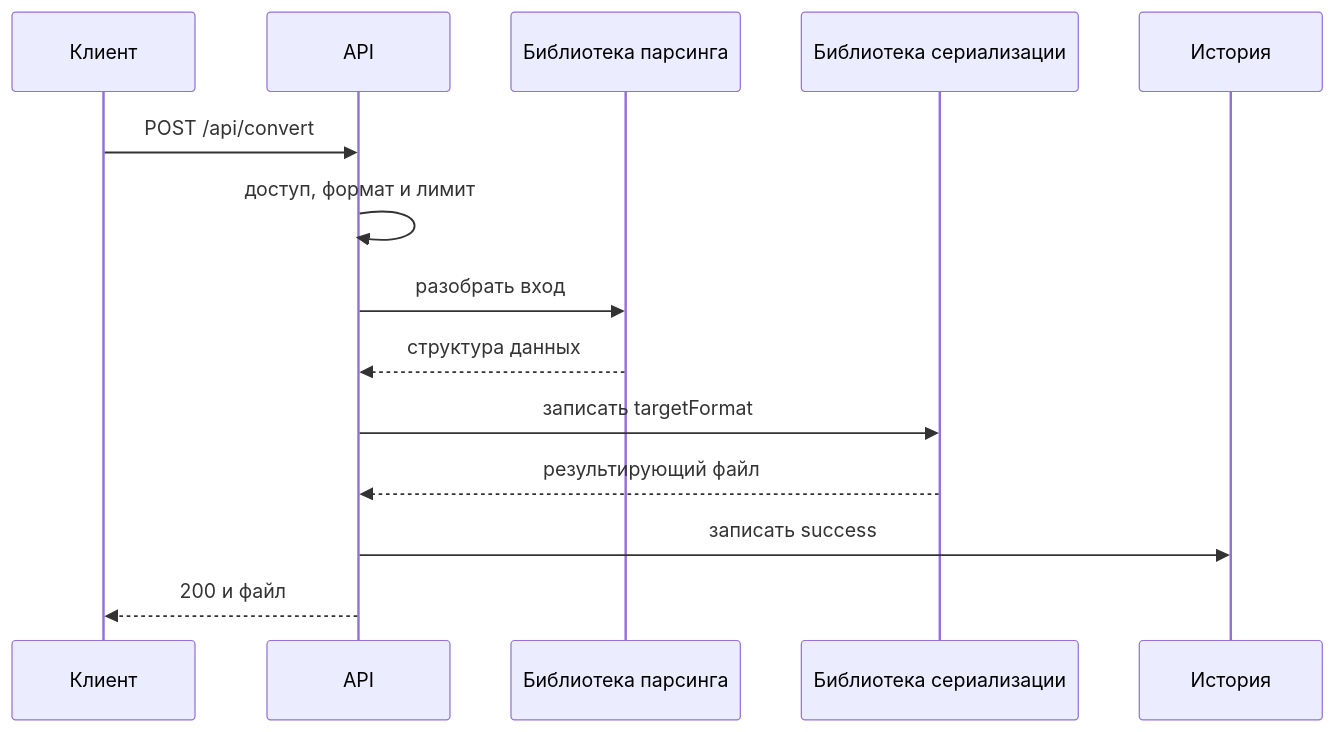
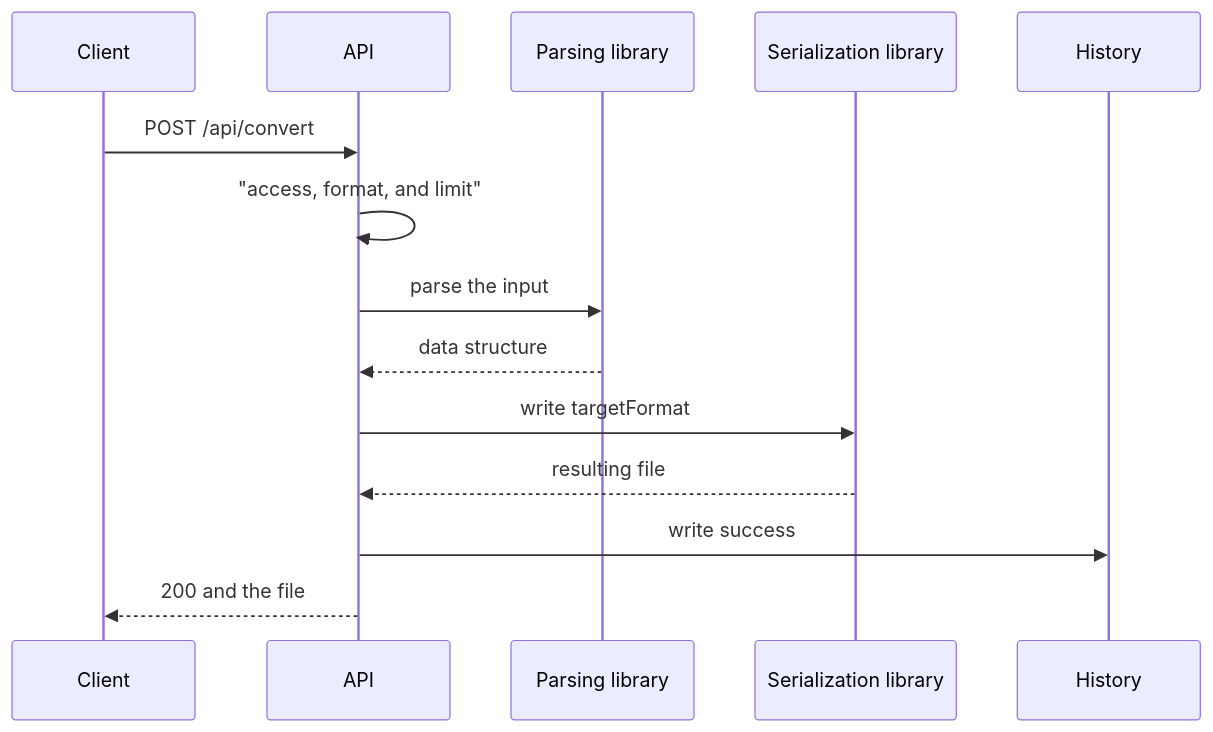
Before and after one commit to pavel-skripko-innowise/inno-fe-be-a1: the first of 2 diagrams in courses-content/backend/A/1/en/4.2.1 Трансформация текстовых форматов.md, drawn with Mermaid. The commit also changed other lines of this file and 35 other files, not shown here.

````diff
--- a/courses-content/backend/A/1/en/4.2.1 Трансформация текстовых форматов.md
+++ b/courses-content/backend/A/1/en/4.2.1 Трансформация текстовых форматов.md
@@ -36,16 +36,16 @@
 ```mermaid
 sequenceDiagram
-  participant C as Клиент
+  participant C as Client
   participant A as API
-  participant P as Библиотека парсинга
-  participant S as Библиотека сериализации
-  participant D as История
+  participant P as Parsing library
+  participant S as Serialization library
+  participant D as History
   C->>A: POST /api/convert
-  A->>A: доступ, формат и лимит
-  A->>P: разобрать вход
-  P-->>A: структура данных
-  A->>S: записать targetFormat
-  S-->>A: результирующий файл
-  A->>D: записать success
-  A-->>C: 200 и файл
+  A->>A: "access, format, and limit"
+  A->>P: parse the input
+  P-->>A: data structure
+  A->>S: write targetFormat
+  S-->>A: resulting file
+  A->>D: write success
+  A-->>C: 200 and the file
 ```
````
